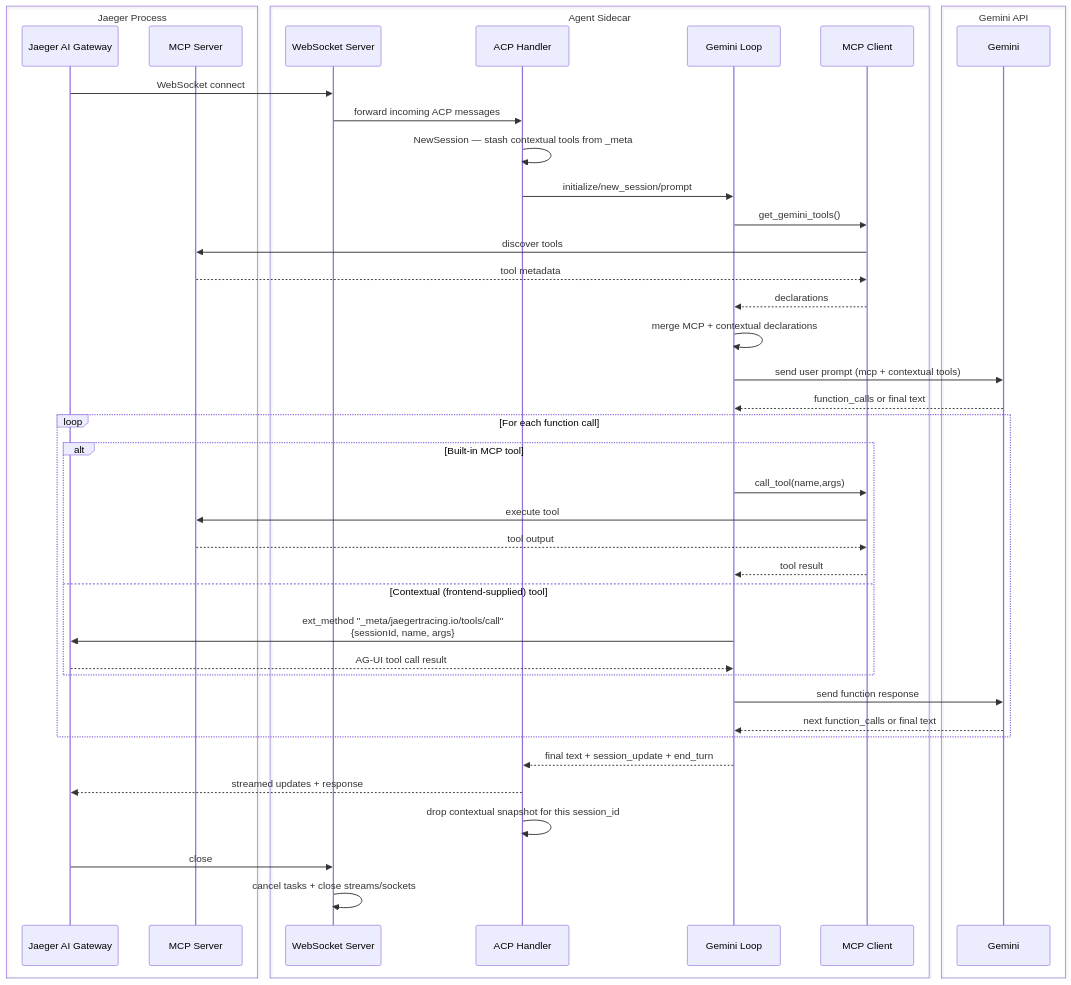
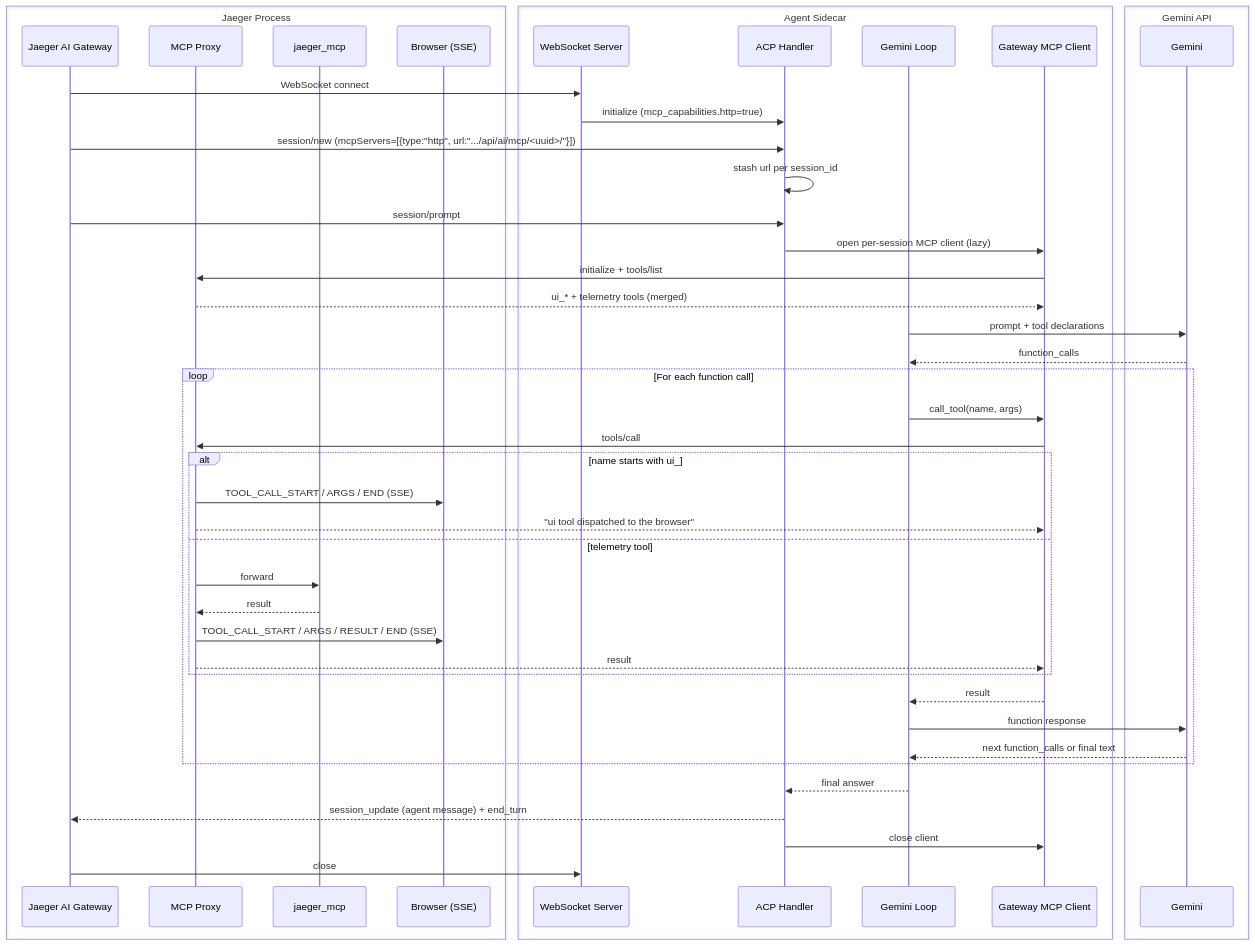
The second of 2 diagrams in scripts/ai-sidecar/gemini/README.md (jaegertracing/jaeger), drawn with Mermaid before and after one commit. The commit also changed other lines of this file and 24 other files, not shown here.

````diff
--- a/scripts/ai-sidecar/gemini/README.md
+++ b/scripts/ai-sidecar/gemini/README.md
@@ -157,51 +160,53 @@
 ```mermaid
 sequenceDiagram
     box Jaeger Process
         participant GW as Jaeger AI Gateway
-        participant JMCP as MCP Server
+        participant MP as MCP Proxy
+        participant JM as jaeger_mcp
+        participant B as Browser (SSE)
     end
     box Agent Sidecar
         participant HW as WebSocket Server
         participant ACP as ACP Handler
         participant GL as Gemini Loop
-        participant MCP as MCP Client
+        participant C as Gateway MCP Client
     end
     box Gemini API
         participant GEM as Gemini
     end
 
     GW->>HW: WebSocket connect
-    HW->>ACP: forward incoming ACP messages
-    ACP->>ACP: NewSession — stash contextual tools from _meta
-    ACP->>GL: initialize/new_session/prompt
+    HW->>ACP: initialize (mcp_capabilities.http=true)
+    GW->>ACP: session/new (mcpServers=[{type:"http", url:".../api/ai/mcp/<uuid>/"}])
+    ACP->>ACP: stash url per session_id
 
-    GL->>MCP: get_gemini_tools()
-    MCP->>JMCP: discover tools
-    JMCP-->>MCP: tool metadata
-    MCP-->>GL: declarations
-    GL->>GL: merge MCP + contextual declarations
+    GW->>ACP: session/prompt
+    ACP->>C: open per-session MCP client (lazy)
+    C->>MP: initialize + tools/list
+    MP-->>C: ui_* + telemetry tools (merged)
 
-    GL->>GEM: send user prompt (mcp + contextual tools)
-    GEM-->>GL: function_calls or final text
+    GL->>GEM: prompt + tool declarations
+    GEM-->>GL: function_calls
 
     loop For each function call
-        alt Built-in MCP tool
-            GL->>MCP: call_tool(name,args)
-            MCP->>JMCP: execute tool
-            JMCP-->>MCP: tool output
-            MCP-->>GL: tool result
-        else Contextual (frontend-supplied) tool
-            GL->>GW: ext_method "_meta/jaegertracing.io/tools/call"<br/>{sessionId, name, args}
-            GW-->>GL: AG-UI tool call result
+        GL->>C: call_tool(name, args)
+        C->>MP: tools/call
+        alt name starts with ui_
+            MP->>B: TOOL_CALL_START / ARGS / END (SSE)
+            MP-->>C: "ui tool dispatched to the browser"
+        else telemetry tool
+            MP->>JM: forward
+            JM-->>MP: result
+            MP->>B: TOOL_CALL_START / ARGS / RESULT / END (SSE)
+            MP-->>C: result
         end
-        GL->>GEM: send function response
+        C-->>GL: result
+        GL->>GEM: function response
         GEM-->>GL: next function_calls or final text
     end
 
-    GL-->>ACP: final text + session_update + end_turn
-    ACP-->>GW: streamed updates + response
-    ACP->>ACP: drop contextual snapshot for this session_id
-
+    GL-->>ACP: final answer
+    ACP-->>GW: session_update (agent message) + end_turn
+    ACP->>C: close client
     GW->>HW: close
-    HW->>HW: cancel tasks + close streams/sockets
 ```
````
